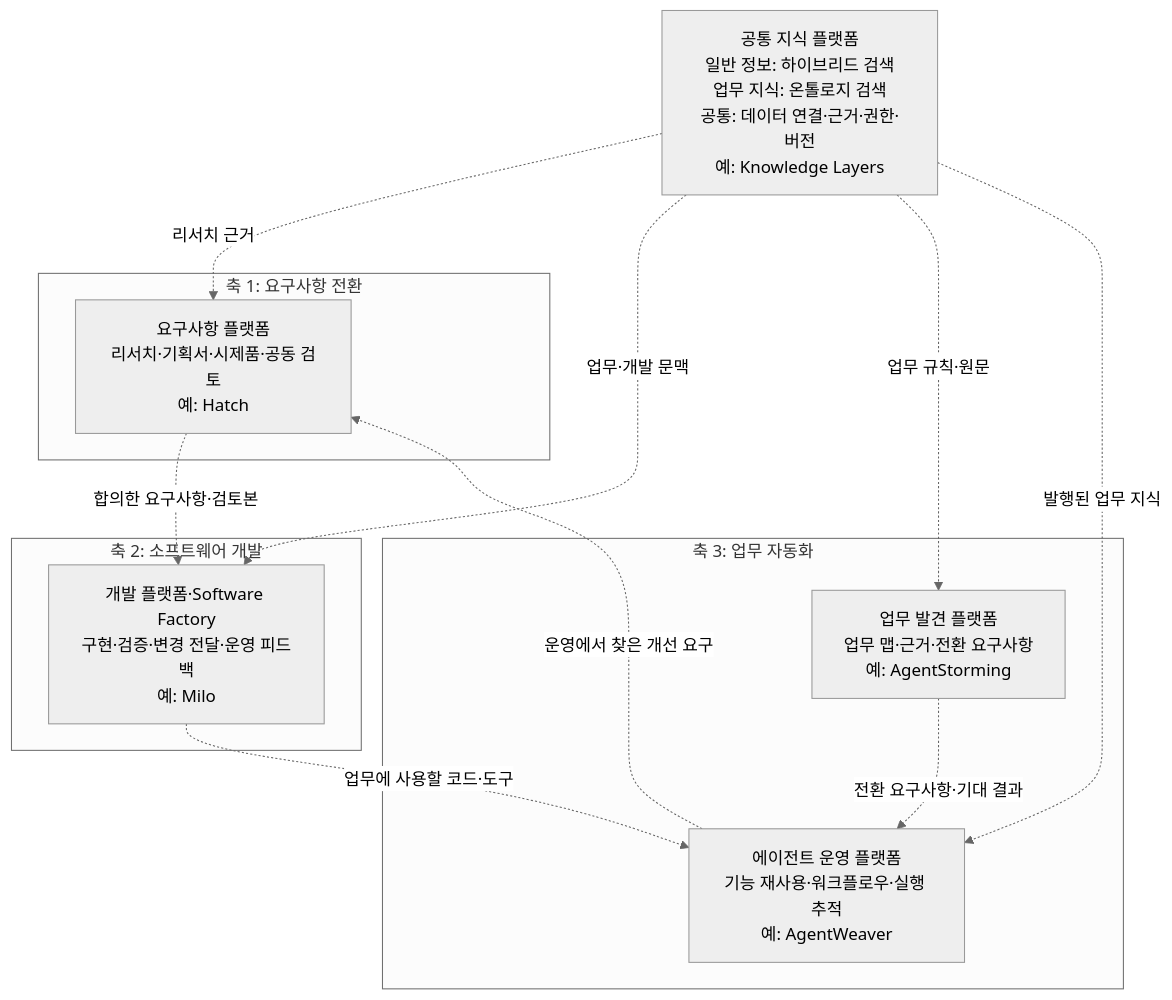
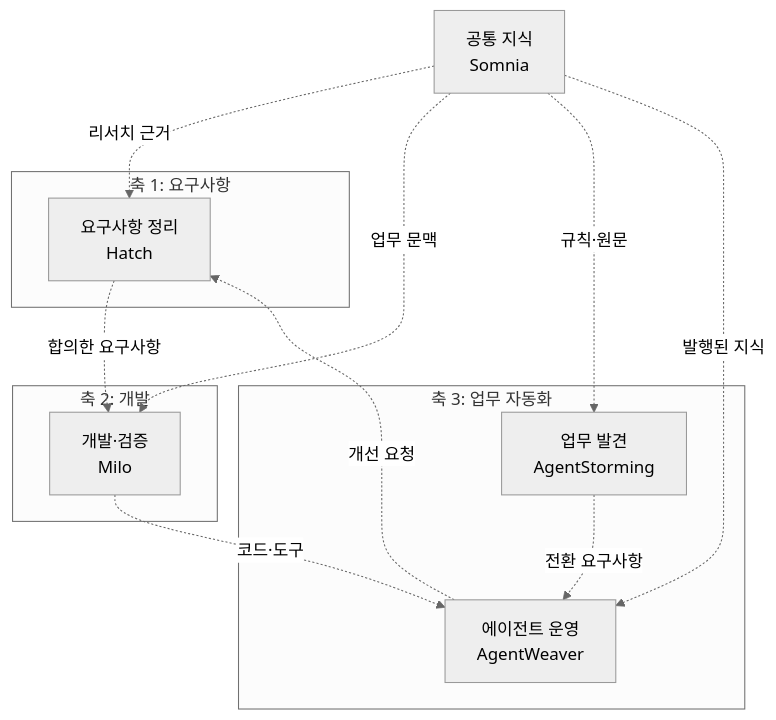
The first of 9 diagrams in _posts/2026-11-05-enterprise-wide-ax-essentials.md (haandol/haandol.github.com), drawn with Mermaid (neutral theme) before and after one commit. The commit also changed other lines of this file and 1 other file, not shown here.

Commit message:
docs: connect DDD knowledge and execution review loops

````diff
--- a/_posts/2026-11-05-enterprise-wide-ax-essentials.md
+++ b/_posts/2026-11-05-enterprise-wide-ax-essentials.md
@@ -52,22 +52,22 @@
 ```mermaid
 flowchart TB
-  subgraph X1["축 1: 요구사항 전환"]
-    H["요구사항 플랫폼<br/>리서치·기획서·시제품·공동 검토<br/>예: Hatch"]
+  subgraph X1["축 1: 요구사항"]
+    H["요구사항 정리<br/>Hatch"]
   end
-  subgraph X2["축 2: 소프트웨어 개발"]
-    F["개발 플랫폼·Software Factory<br/>구현·검증·변경 전달·운영 피드백<br/>예: Milo"]
+  subgraph X2["축 2: 개발"]
+    F["개발·검증<br/>Milo"]
   end
   subgraph X3["축 3: 업무 자동화"]
-    S["업무 발견 플랫폼<br/>업무 맵·근거·전환 요구사항<br/>예: AgentStorming"]
-    W["에이전트 운영 플랫폼<br/>기능 재사용·워크플로우·실행 추적<br/>예: AgentWeaver"]
-    S -.->|"전환 요구사항·기대 결과"| W
+    S["업무 발견<br/>AgentStorming"]
+    W["에이전트 운영<br/>AgentWeaver"]
+    S -.->|"전환 요구사항"| W
   end
-  H -.->|"합의한 요구사항·검토본"| F
-  F -.->|"업무에 사용할 코드·도구"| W
-  W -.->|"운영에서 찾은 개선 요구"| H
-  K["공통 지식 플랫폼<br/>일반 정보: 하이브리드 검색<br/>업무 지식: 온톨로지 검색<br/>공통: 데이터 연결·근거·권한·버전<br/>예: Knowledge Layers"]
+  H -.->|"합의한 요구사항"| F
+  F -.->|"코드·도구"| W
+  W -.->|"개선 요청"| H
+  K["공통 지식<br/>Somnia"]
   K -.->|"리서치 근거"| H
-  K -.->|"업무·개발 문맥"| F
-  K -.->|"업무 규칙·원문"| S
-  K -.->|"발행된 업무 지식"| W
+  K -.->|"업무 문맥"| F
+  K -.->|"규칙·원문"| S
+  K -.->|"발행된 지식"| W
 ```
````
